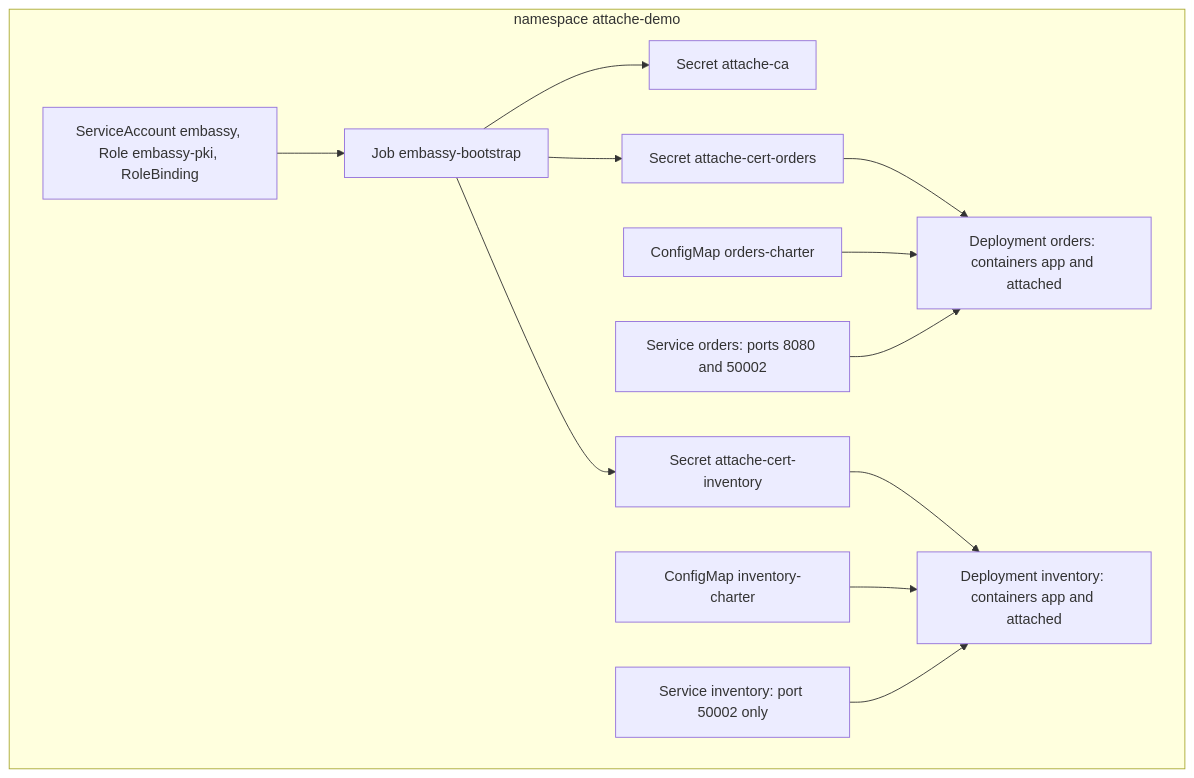
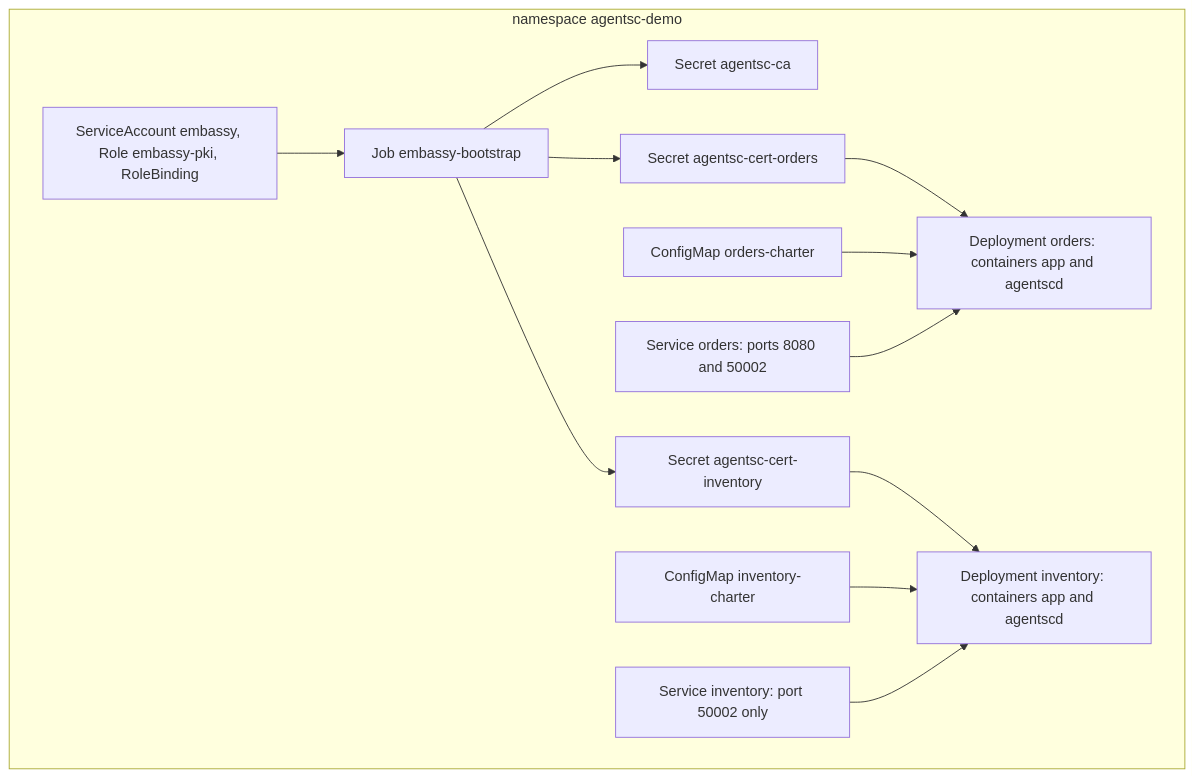
One commit to f8fvwgzc/agent-sidecar changed the fourth of 4 diagrams in docs/architecture.md. Above: the diagram before and after it, drawn with Mermaid. The commit also changed other lines of this file and 365 other files, not shown here.

First line of the commit message:
Rename attache to agentsc (agent-sidecar) everywhere

````diff
--- a/docs/architecture.md
+++ b/docs/architecture.md
@@ -480,26 +480,26 @@
 ```mermaid
 flowchart TB
-  subgraph ns["namespace attache-demo"]
+  subgraph ns["namespace agentsc-demo"]
     RB["ServiceAccount embassy, Role embassy-pki, RoleBinding"]
     J["Job embassy-bootstrap"]
-    CA["Secret attache-ca"]
-    CO["Secret attache-cert-orders"]
-    CI["Secret attache-cert-inventory"]
+    CA["Secret agentsc-ca"]
+    CO["Secret agentsc-cert-orders"]
+    CI["Secret agentsc-cert-inventory"]
     CMO["ConfigMap orders-charter"]
     CMI["ConfigMap inventory-charter"]
-    DO["Deployment orders: containers app and attached"]
-    DI["Deployment inventory: containers app and attached"]
+    DO["Deployment orders: containers app and agentscd"]
+    DI["Deployment inventory: containers app and agentscd"]
     SO["Service orders: ports 8080 and 50002"]
     SI["Service inventory: port 50002 only"]
   end
   RB --> J
   J --> CA
   J --> CO
   J --> CI
   CO --> DO
   CMO --> DO
   CI --> DI
   CMI --> DI
   SO --> DO
   SI --> DI
 ```
````
